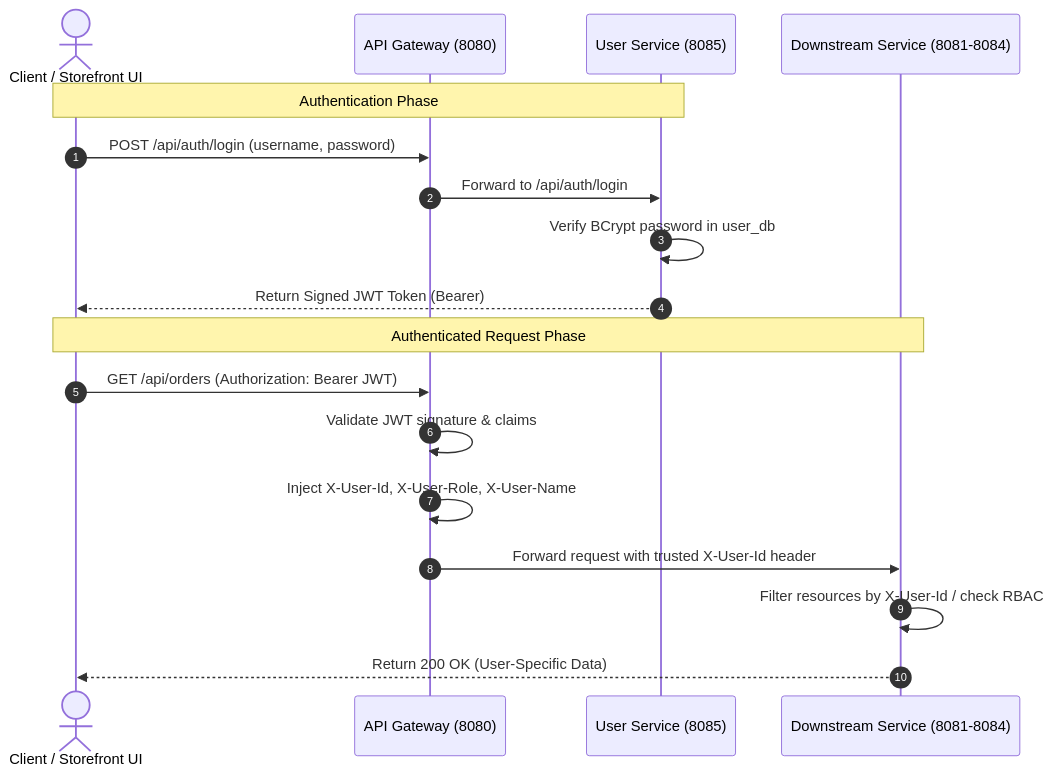
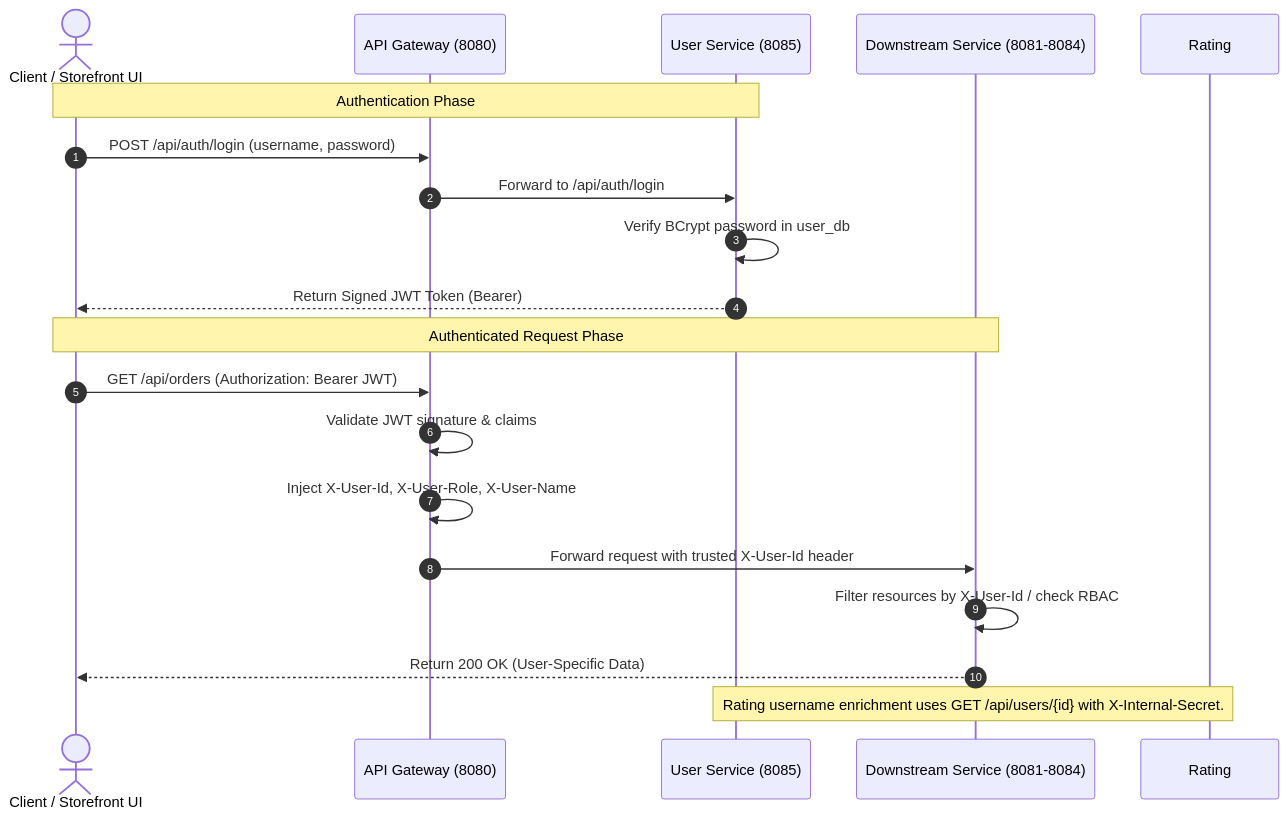
Before and after one commit to prathibha-15/Cake-Delight-: the second of 5 diagrams in docs/architecture.md, drawn with Mermaid. The commit also changed other lines of this file and 7 other files, not shown here.

````diff
--- a/docs/architecture.md
+++ b/docs/architecture.md
@@ -70,22 +73,24 @@
 ```mermaid
 sequenceDiagram
     autonumber
     actor Client as Client / Storefront UI
     participant Gateway as API Gateway (8080)
     participant Auth as User Service (8085)
     participant Microservice as Downstream Service (8081-8084)
 
     Note over Client,Auth: Authentication Phase
     Client->>Gateway: POST /api/auth/login (username, password)
     Gateway->>Auth: Forward to /api/auth/login
     Auth->>Auth: Verify BCrypt password in user_db
     Auth-->>Client: Return Signed JWT Token (Bearer)
 
     Note over Client,Microservice: Authenticated Request Phase
     Client->>Gateway: GET /api/orders (Authorization: Bearer JWT)
     Gateway->>Gateway: Validate JWT signature & claims
     Gateway->>Gateway: Inject X-User-Id, X-User-Role, X-User-Name
     Gateway->>Microservice: Forward request with trusted X-User-Id header
     Microservice->>Microservice: Filter resources by X-User-Id / check RBAC
     Microservice-->>Client: Return 200 OK (User-Specific Data)
+
+    Note over Rating,Auth: Rating username enrichment uses GET /api/users/{id} with X-Internal-Secret.
 ```
````
